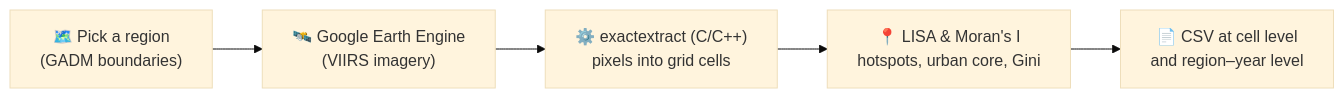
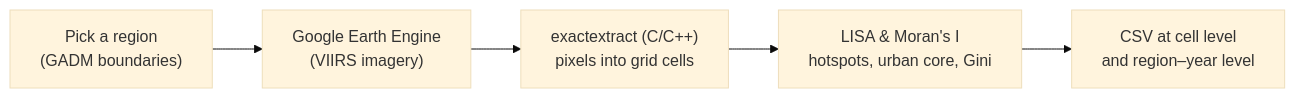
One commit to hoanfg/spatial-app changed the diagram in README.md. Above: the diagram before and after it, drawn with Mermaid (base theme). The commit also changed other lines of this file and 22 other files, not shown here.

````diff
--- a/README.md
+++ b/README.md
@@ -26,7 +26,7 @@
 ```mermaid
 flowchart LR
-    A["🗺️ Pick a region<br/>(GADM boundaries)"] --> B["🛰️ Google Earth Engine<br/>(VIIRS imagery)"]
-    B --> C["⚙️ exactextract (C/C++)<br/>pixels into grid cells"]
-    C --> D["📍 LISA & Moran's I<br/>hotspots, urban core, Gini"]
-    D --> E["📄 CSV at cell level<br/>and region–year level"]
+    A["Pick a region<br/>(GADM boundaries)"] --> B["Google Earth Engine<br/>(VIIRS imagery)"]
+    B --> C["exactextract (C/C++)<br/>pixels into grid cells"]
+    C --> D["LISA & Moran's I<br/>hotspots, urban core, Gini"]
+    D --> E["CSV at cell level<br/>and region–year level"]
 ```
````
